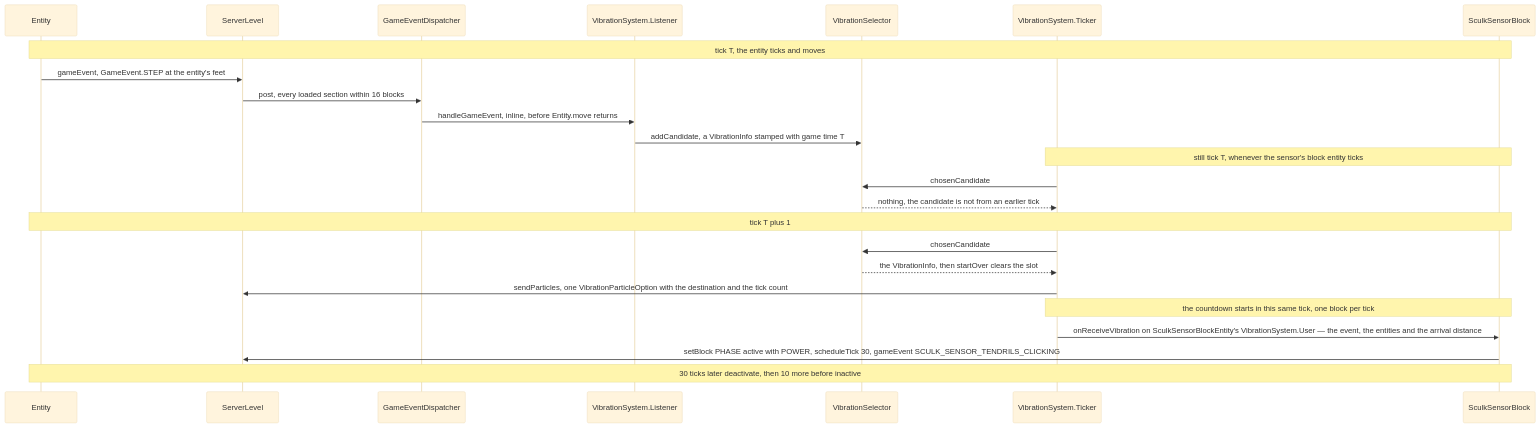
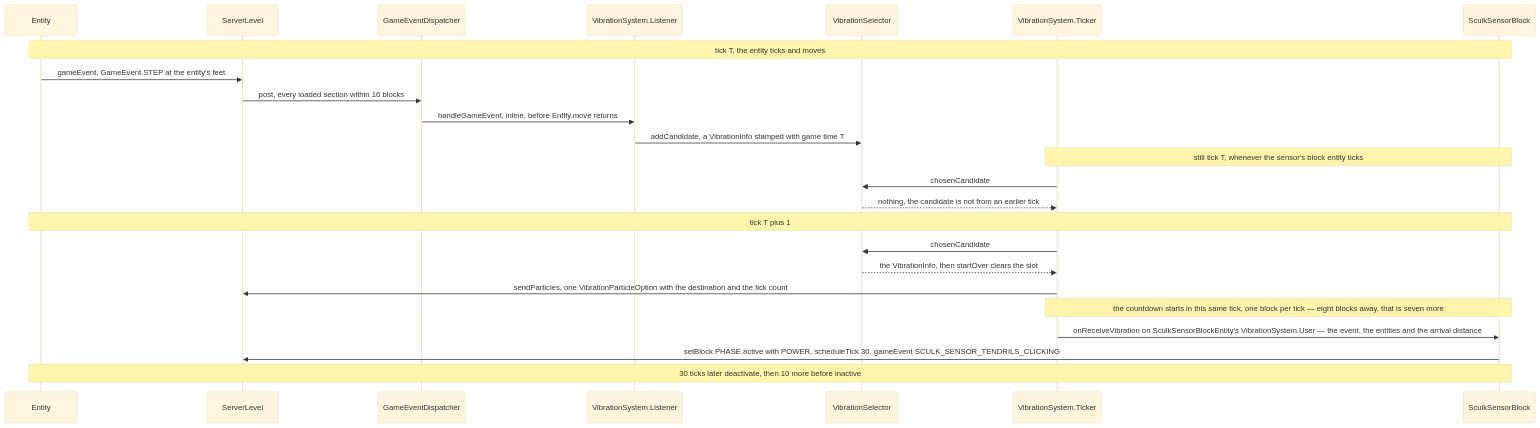
The second of 2 diagrams in src/systems/world/game-events-and-vibrations.md (AlexanderjFraser/MinecraftDocs), drawn with Mermaid (base theme) before and after one commit. The commit also changed other lines of this file and 21 other files, not shown here.

````diff
--- a/src/systems/world/game-events-and-vibrations.md
+++ b/src/systems/world/game-events-and-vibrations.md
@@ -178,27 +188,27 @@
 ```mermaid
 sequenceDiagram
     participant Entity as Entity
     participant SL as ServerLevel
     participant GED as GameEventDispatcher
     participant VSL as VibrationSystem.Listener
     participant VSel as VibrationSelector
     participant VST as VibrationSystem.Ticker
     participant SSB as SculkSensorBlock
 
     Note over Entity,SSB: tick T, the entity ticks and moves
     Entity->>SL: gameEvent, GameEvent.STEP at the entity's feet
     SL->>GED: post, every loaded section within 16 blocks
     GED->>VSL: handleGameEvent, inline, before Entity.move returns
     VSL->>VSel: addCandidate, a VibrationInfo stamped with game time T
     Note over VST,SSB: still tick T, whenever the sensor's block entity ticks
     VST->>VSel: chosenCandidate
     VSel-->>VST: nothing, the candidate is not from an earlier tick
     Note over Entity,SSB: tick T plus 1
     VST->>VSel: chosenCandidate
     VSel-->>VST: the VibrationInfo, then startOver clears the slot
     VST->>SL: sendParticles, one VibrationParticleOption with the destination and the tick count
-    Note over VST,SSB: the countdown starts in this same tick, one block per tick
+    Note over VST,SSB: the countdown starts in this same tick, one block per tick — eight blocks away, that is seven more
     VST->>SSB: onReceiveVibration on SculkSensorBlockEntity's VibrationSystem.User — the event, the entities and the arrival distance
     SSB->>SL: setBlock PHASE active with POWER, scheduleTick 30, gameEvent SCULK_SENSOR_TENDRILS_CLICKING
     Note over Entity,SSB: 30 ticks later deactivate, then 10 more before inactive
 ```
````
